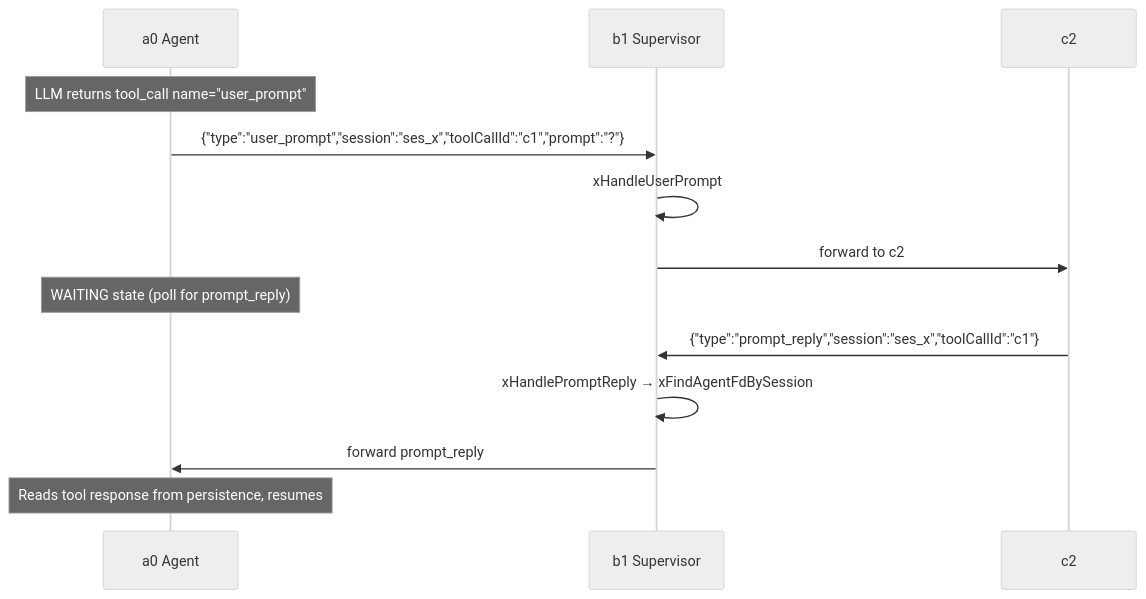
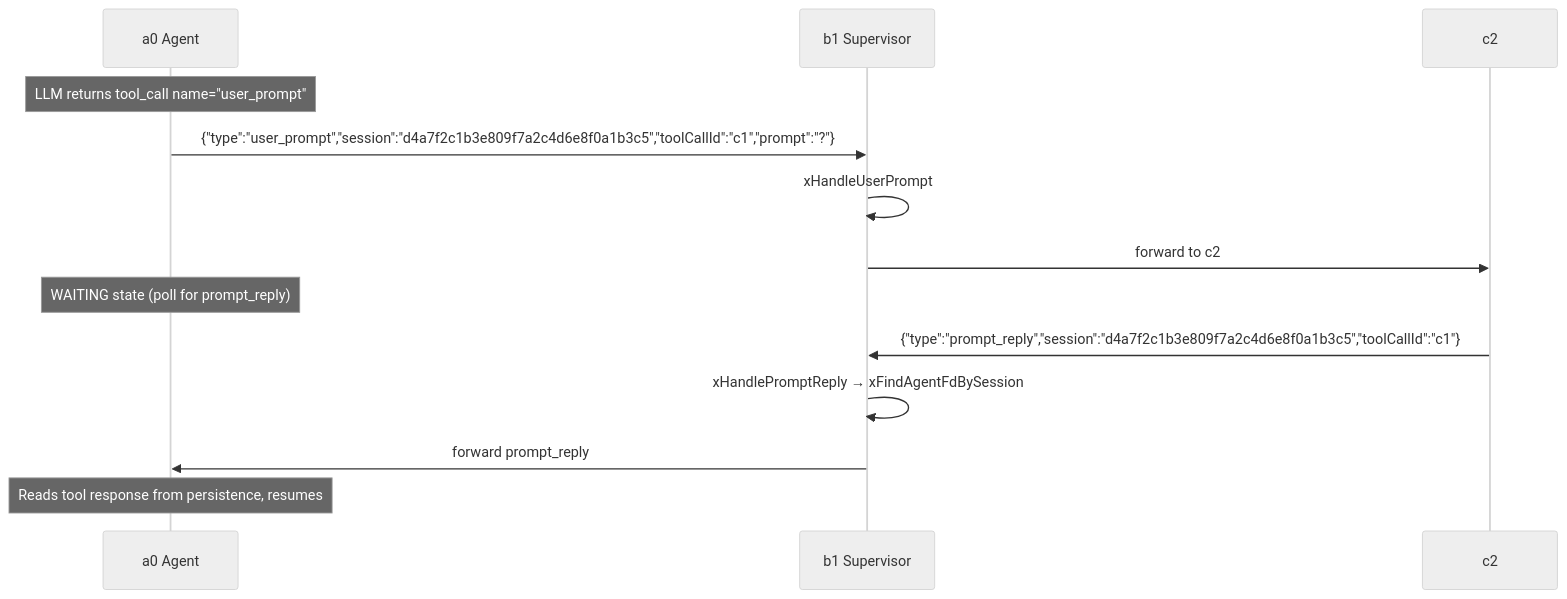
The fourth of 7 diagrams in src/b1/technical-specification.md (opensassi/a0), drawn with Mermaid (neutral theme) before and after one commit. The commit also changed 16 other files, not shown here.

````diff
--- a/src/b1/technical-specification.md
+++ b/src/b1/technical-specification.md
@@ -284,20 +284,20 @@
 ```mermaid
 sequenceDiagram
     participant A0 as a0 Agent
     participant B1 as b1 Supervisor
     participant C2 as c2
 
     Note over A0: LLM returns tool_call name="user_prompt"
 
-    A0->>B1: {"type":"user_prompt","session":"ses_x","toolCallId":"c1","prompt":"?"}
+    A0->>B1: {"type":"user_prompt","session":"d4a7f2c1b3e809f7a2c4d6e8f0a1b3c5","toolCallId":"c1","prompt":"?"}
     B1->>B1: xHandleUserPrompt
     B1->>C2: forward to c2
 
     Note over A0: WAITING state (poll for prompt_reply)
 
-    C2->>B1: {"type":"prompt_reply","session":"ses_x","toolCallId":"c1"}
+    C2->>B1: {"type":"prompt_reply","session":"d4a7f2c1b3e809f7a2c4d6e8f0a1b3c5","toolCallId":"c1"}
     B1->>B1: xHandlePromptReply → xFindAgentFdBySession
     B1->>A0: forward prompt_reply
 
     Note over A0: Reads tool response from persistence, resumes
 ```
````
